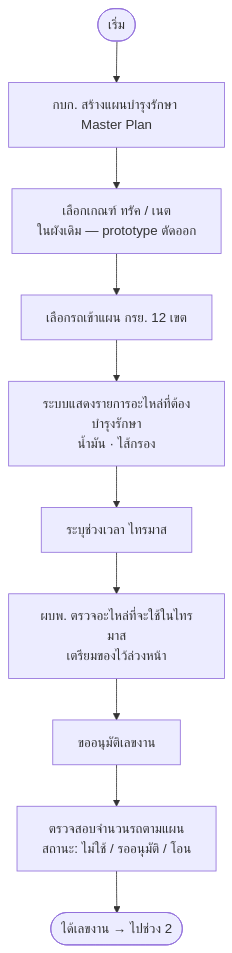
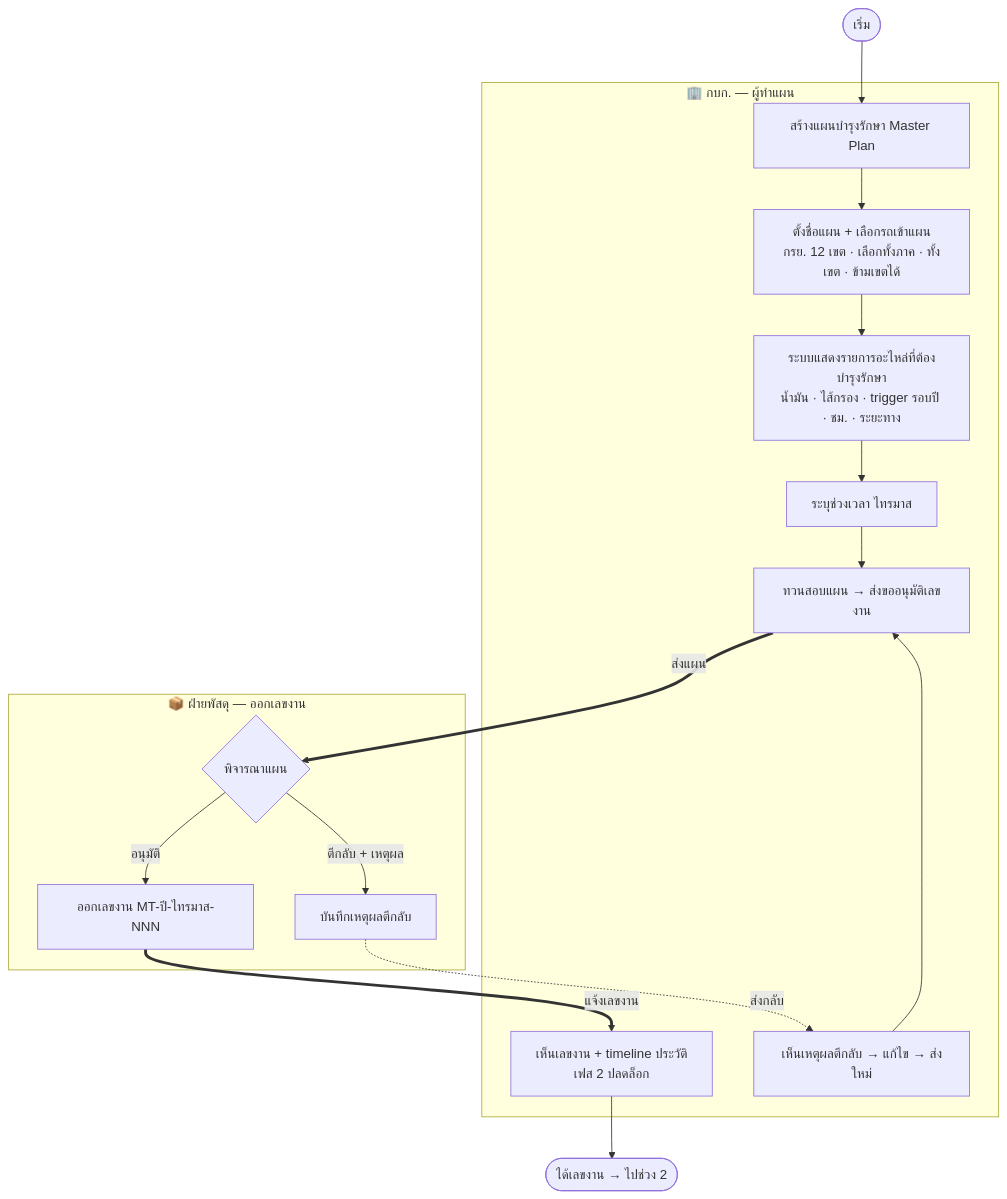
The diagram in Diagram/01-บำรุงรักษาตามวาระ/01-ออกเลขงาน.md (anugmail/Maintenance-Request-Form), drawn with Mermaid before and after one commit. The commit also changed other lines of this file and 1 other file, not shown here.

Commit message:
docs(diagram): sync ช่วง 1 กับ prototype — เพิ่มฝ่ายพัสดุ (อนุมัติ/ตีกลับ+timeline), รวมชื่อแผน+เลือกรถ, ตัดเกณฑ์ทรัค/เนต, เพิ่ม trigger/เลือกทั้งภาค
Claude-Session: https://claude.ai/code/session_01D6zybgJXHXqcr7hMhTWMhH

````diff
--- a/Diagram/01-บำรุงรักษาตามวาระ/01-ออกเลขงาน.md
+++ b/Diagram/01-บำรุงรักษาตามวาระ/01-ออกเลขงาน.md
@@ -6,12 +6,29 @@
 ```mermaid
 flowchart TB
-    S([เริ่ม]) --> A[กบก. สร้างแผนบำรุงรักษา Master Plan]
-    A --> B[เลือกเกณฑ์ ทรัค / เนต<br/>ในผังเดิม — prototype ตัดออก]
-    B --> C[เลือกรถเข้าแผน กรย. 12 เขต]
-    C --> D[ระบบแสดงรายการอะไหล่ที่ต้องบำรุงรักษา<br/>น้ำมัน · ไส้กรอง]
-    D --> E[ระบุช่วงเวลา ไทรมาส]
-    E --> F[ผบพ. ตรวจอะไหล่ที่จะใช้ในไทรมาส<br/>เตรียมของไว้ล่วงหน้า]
-    F --> G[ขออนุมัติเลขงาน]
-    G --> H[ตรวจสอบจำนวนรถตามแผน<br/>สถานะ: ไม่ใช้ / รออนุมัติ / โอน]
-    H --> Z([ได้เลขงาน → ไปช่วง 2])
+    S([เริ่ม])
+
+    subgraph KBK["🏢 กบก. — ผู้ทำแผน"]
+        A[สร้างแผนบำรุงรักษา Master Plan]
+        A --> B[ตั้งชื่อแผน + เลือกรถเข้าแผน<br/>กรย. 12 เขต · เลือกทั้งภาค · ทั้งเขต · ข้ามเขตได้]
+        B --> C[ระบบแสดงรายการอะไหล่ที่ต้องบำรุงรักษา<br/>น้ำมัน · ไส้กรอง · trigger รอบปี · ชม. · ระยะทาง]
+        C --> D[ระบุช่วงเวลา ไทรมาส]
+        D --> E[ทวนสอบแผน → ส่งขออนุมัติเลขงาน]
+        H[เห็นเหตุผลตีกลับ → แก้ไข → ส่งใหม่]
+        H --> E
+        J[เห็นเลขงาน + timeline ประวัติ<br/>เฟส 2 ปลดล็อก]
+    end
+
+    subgraph PSD["📦 ฝ่ายพัสดุ — ออกเลขงาน"]
+        F{พิจารณาแผน}
+        I[ออกเลขงาน MT-ปี-ไทรมาส-NNN]
+        R[บันทึกเหตุผลตีกลับ]
+        F -->|อนุมัติ| I
+        F -->|ตีกลับ + เหตุผล| R
+    end
+
+    S --> A
+    E ==>|ส่งแผน| F
+    R -. ส่งกลับ .-> H
+    I ==>|แจ้งเลขงาน| J
+    J --> Z([ได้เลขงาน → ไปช่วง 2])
 ```
````
